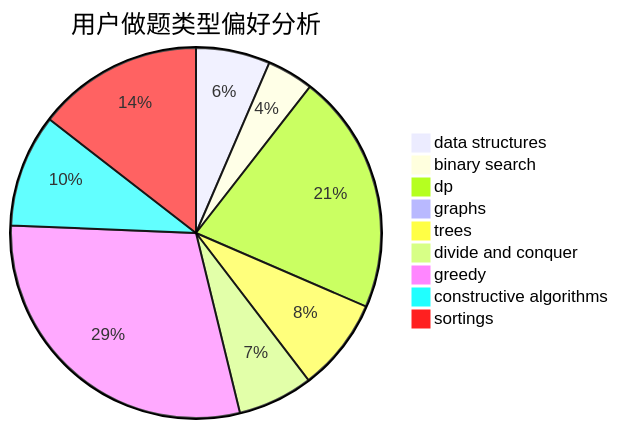
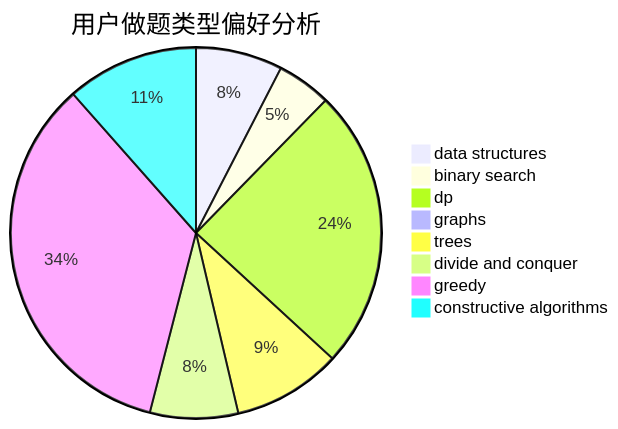
Before and after one commit to sherpahu/cfrs.github.io: the second of 3 diagrams in docs/user/u2724.md, drawn with Mermaid. The commit also changed other lines of this file and 2769 other files, not shown here.

````diff
--- a/docs/user/u2724.md
+++ b/docs/user/u2724.md
@@ -18,12 +18,11 @@
 ```mermaid
 pie title 用户做题类型偏好分析
     "data structures" :  67
     "binary search" :  42
     "dp" :  217
     "graphs" :  3
     "trees" :  84
     "divide and conquer" :  68
     "greedy" :  305
     "constructive algorithms" :  102
-    "sortings" :  150
 ```
````
